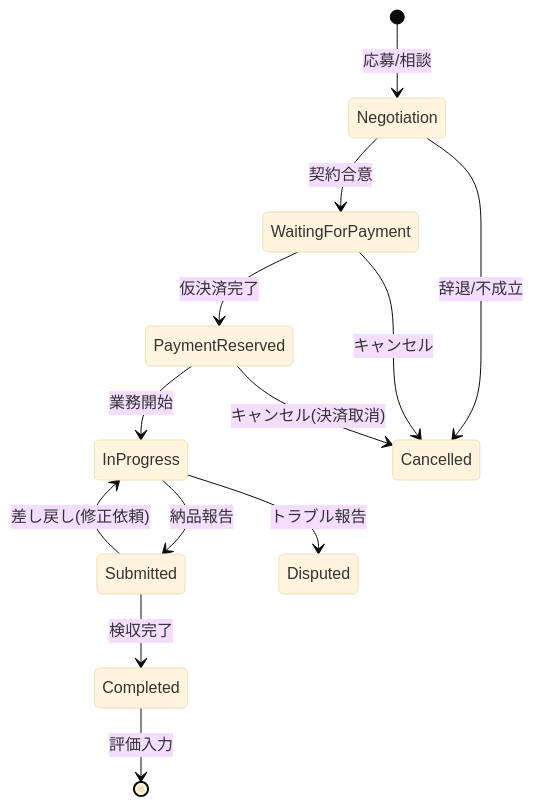
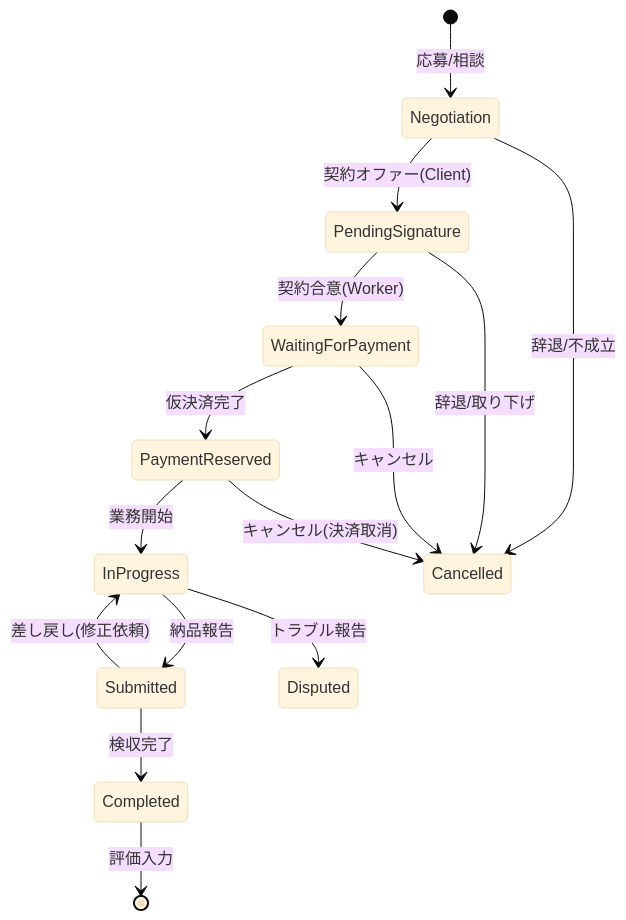
One commit to yamazarukyoto/projectmarkethub changed the diagram in ★sekkei.md. Above: the diagram before and after it, drawn with Mermaid (base theme). The commit also changed other lines of this file and 16 other files, not shown here.

````diff
--- a/★sekkei.md
+++ b/★sekkei.md
@@ -152,16 +154,18 @@
 ```mermaid
 stateDiagram-v2
     [*] --> Negotiation: 応募/相談
-    Negotiation --> WaitingForPayment: 契約合意
+    Negotiation --> PendingSignature: 契約オファー(Client)
+    PendingSignature --> WaitingForPayment: 契約合意(Worker)
     WaitingForPayment --> PaymentReserved: 仮決済完了
     PaymentReserved --> InProgress: 業務開始
     InProgress --> Submitted: 納品報告
     Submitted --> InProgress: 差し戻し(修正依頼)
     Submitted --> Completed: 検収完了
     Completed --> [*]: 評価入力
     
     Negotiation --> Cancelled: 辞退/不成立
+    PendingSignature --> Cancelled: 辞退/取り下げ
     WaitingForPayment --> Cancelled: キャンセル
     PaymentReserved --> Cancelled: キャンセル(決済取消)
     InProgress --> Disputed: トラブル報告
 ```
````
